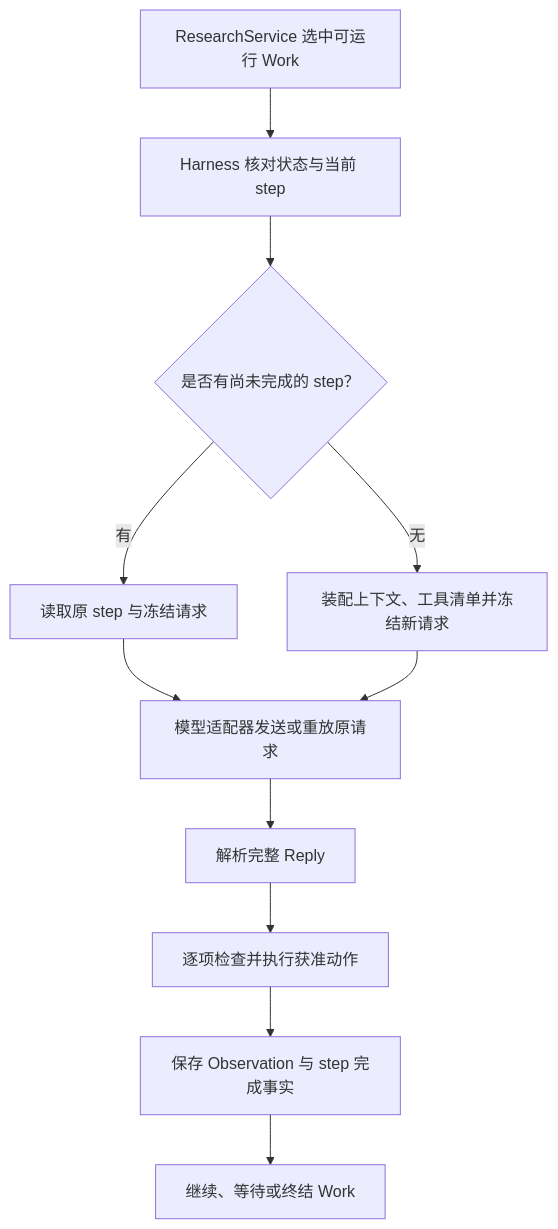
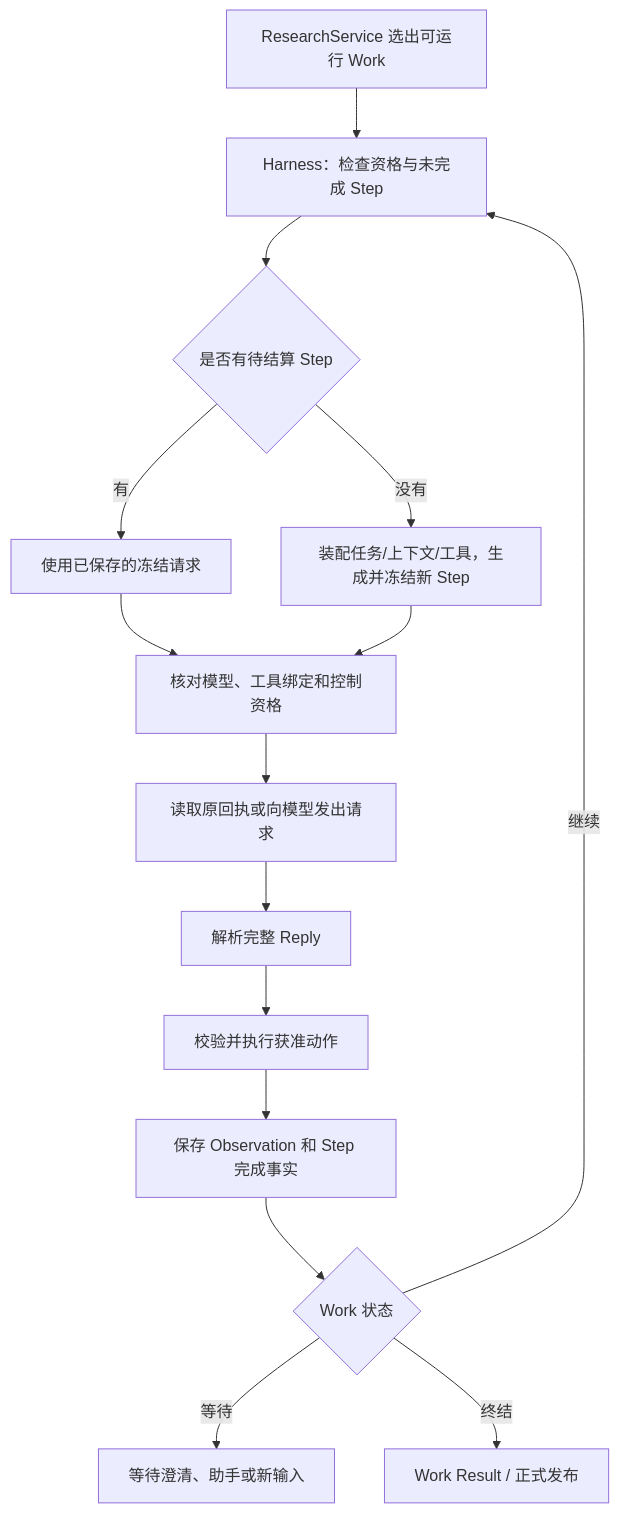
Before and after one commit to studyzhige-ui/Epivra: the first of 4 diagrams in docs/technical-handbook/03-agent-runtime.md, drawn with Mermaid. The commit also changed other lines of this file, not shown here.

Commit message:
docs: rewrite chapter 03 with source-verified step execution, streaming outcomes and recovery traces

````diff
--- a/docs/technical-handbook/03-agent-runtime.md
+++ b/docs/technical-handbook/03-agent-runtime.md
@@ -11,13 +15,17 @@
 ```mermaid
 flowchart TD
-  A["ResearchService 选中可运行 Work"] --> B["Harness 核对状态与当前 step"]
-  B --> C{"是否有尚未完成的 step？"}
-  C -->|有| D["读取原 step 与冻结请求"]
-  C -->|无| E["装配上下文、工具清单并冻结新请求"]
-  D --> F["模型适配器发送或重放原请求"]
-  E --> F
-  F --> G["解析完整 Reply"]
-  G --> H["逐项检查并执行获准动作"]
-  H --> I["保存 Observation 与 step 完成事实"]
-  I --> J["继续、等待或终结 Work"]
+    A["ResearchService 选出可运行 Work"] --> B["Harness：检查资格与未完成 Step"]
+    B --> C{"是否有待结算 Step"}
+    C -->|"有"| D["使用已保存的冻结请求"]
+    C -->|"没有"| E["装配任务/上下文/工具，生成并冻结新 Step"]
+    D --> F["核对模型、工具绑定和控制资格"]
+    E --> F
+    F --> G["读取原回执或向模型发出请求"]
+    G --> H["解析完整 Reply"]
+    H --> I["校验并执行获准动作"]
+    I --> J["保存 Observation 和 Step 完成事实"]
+    J --> K{"Work 状态"}
+    K -->|"继续"| B
+    K -->|"等待"| L["等待澄清、助手或新输入"]
+    K -->|"终结"| M["Work Result / 正式发布"]
 ```
````
